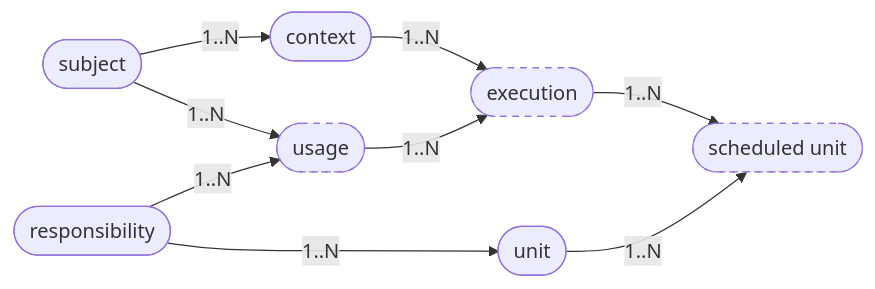
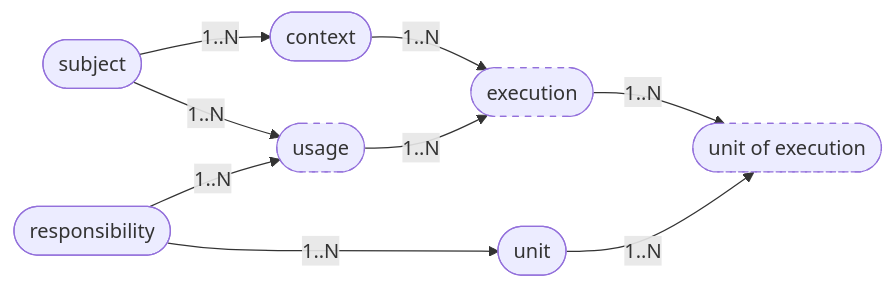
Before and after one commit to akobr/mono.me: the sixth of 6 diagrams in docs/42for.net/platform/overview.md, drawn with Mermaid. The commit also changed 2 other files, not shown here.

Commit message:
docs: do a small rephrasing

````diff
--- a/docs/42for.net/platform/overview.md
+++ b/docs/42for.net/platform/overview.md
@@ -78,23 +78,23 @@
 ``` mermaid
 flowchart LR
   subject([subject])
   context([context])
   responsibility([responsibility])
   unit([unit])
   usage([usage])
   execution([execution])
-  scheduled-unit([scheduled unit])
+  scheduled-unit([unit of execution])
 
   style usage stroke-dasharray: 5 5
   style execution stroke-dasharray: 5 5
   style scheduled-unit stroke-dasharray: 5 5
 
   subject -- 1..N --> context
   subject -- 1..N --> usage
   responsibility -- 1..N --> usage
   responsibility -- 1..N --> unit
   usage -- 1..N --> execution
   context -- 1..N --> execution
   execution -- 1..N --> scheduled-unit
   unit -- 1..N --> scheduled-unit
 ```
````
